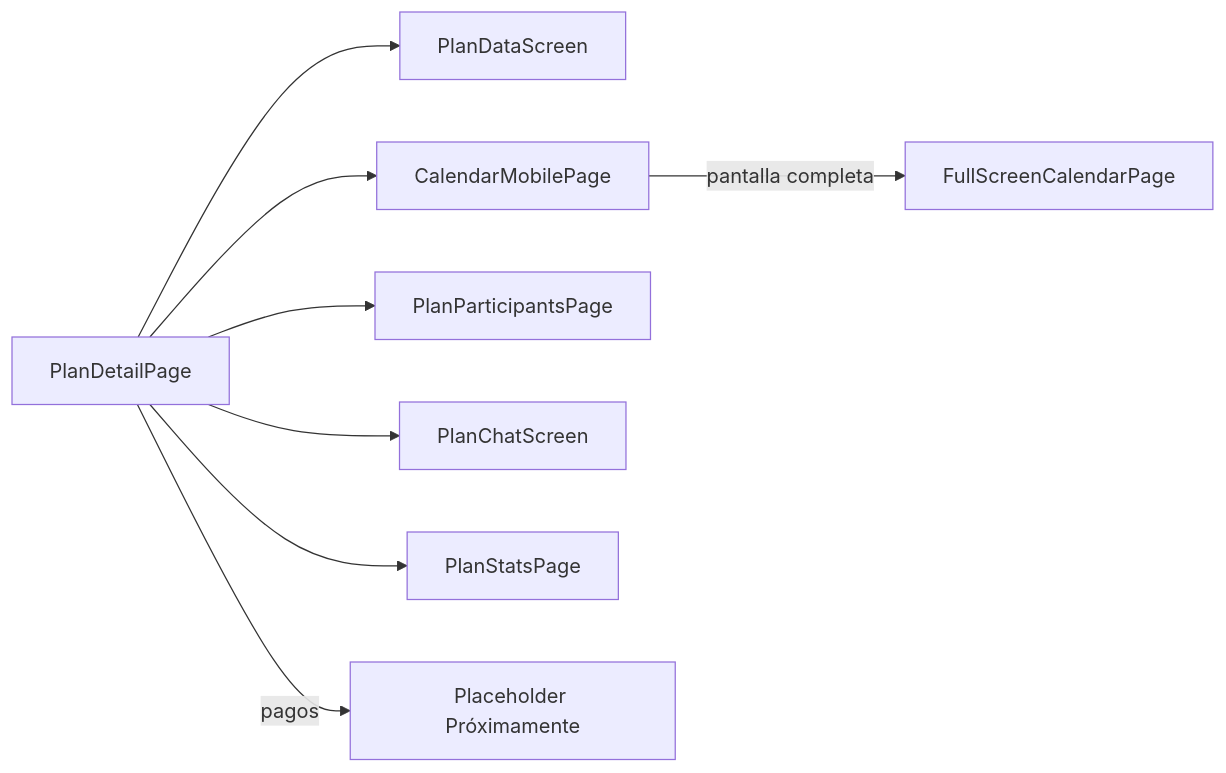
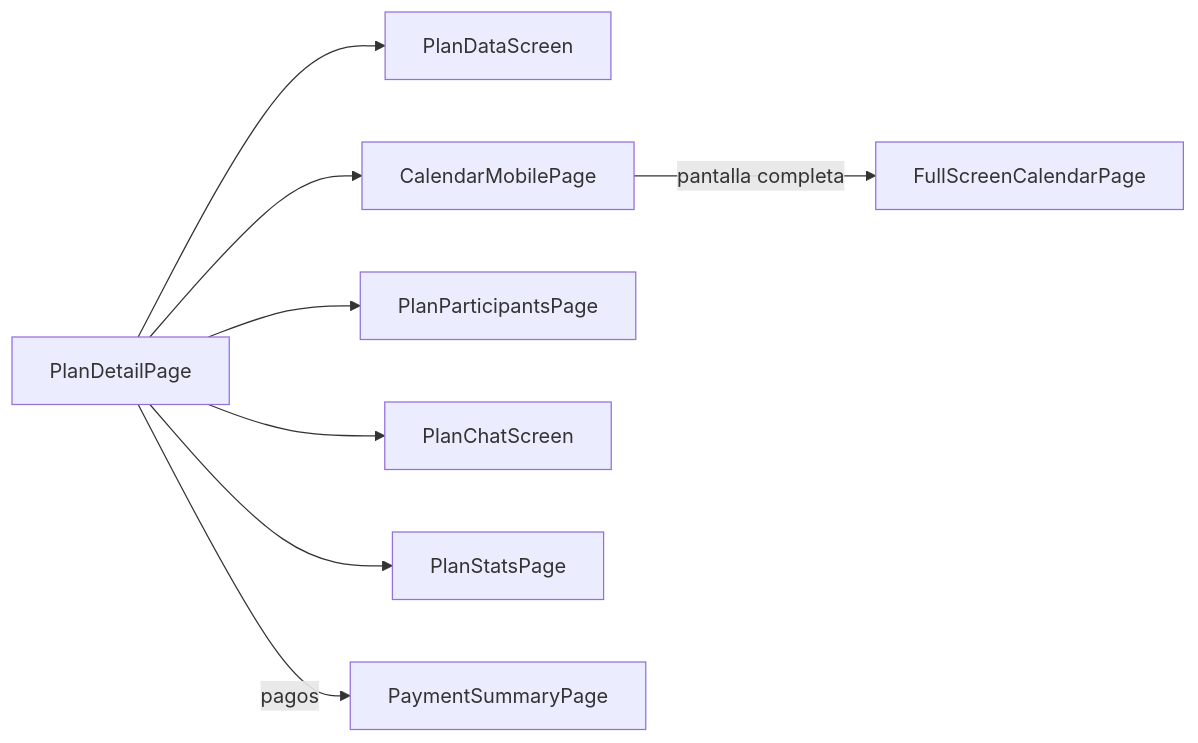
Before and after one commit to planazoo/planazoo-platform: the third of 4 diagrams in docs/ux/pages/index.md, drawn with Mermaid. The commit also changed 12 other files, not shown here.

````diff
--- a/docs/ux/pages/index.md
+++ b/docs/ux/pages/index.md
@@ -287,10 +287,10 @@
 ```mermaid
 flowchart LR
   PDP[PlanDetailPage] --> PDATA[PlanDataScreen]
   PDP --> CAL[CalendarMobilePage]
   PDP --> PART[PlanParticipantsPage]
   PDP --> CHAT[PlanChatScreen]
   PDP --> STATS[PlanStatsPage]
-  PDP -->|pagos| PROX[Placeholder Próximamente]
+  PDP -->|pagos| PAY[PaymentSummaryPage]
   CAL -->|pantalla completa| FSC[FullScreenCalendarPage]
 ```
````
